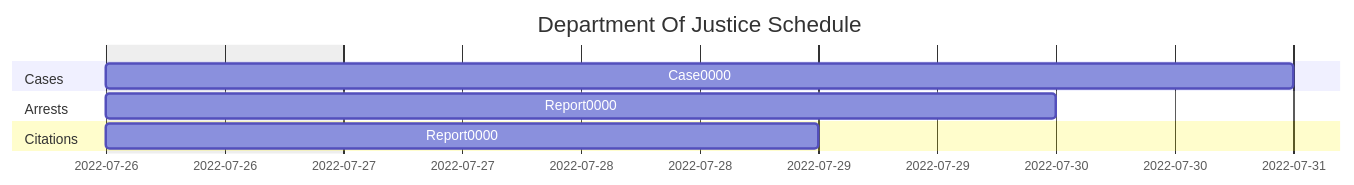
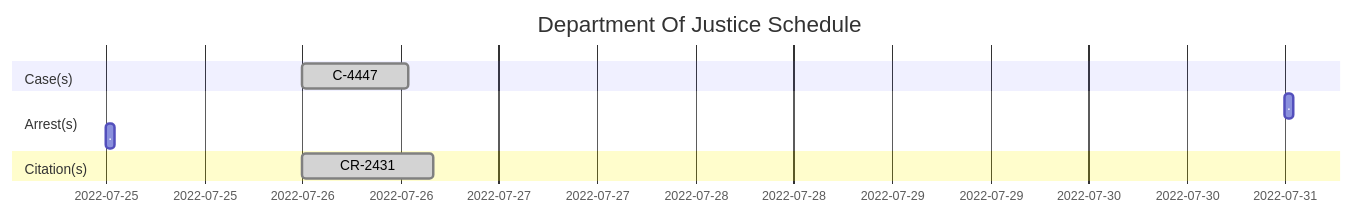
The second of 2 diagrams in README.md (NotKaarlo/State-of-San-Andreas), drawn with Mermaid before and after one commit.

````diff
--- a/README.md
+++ b/README.md
@@ -38,15 +38,16 @@
 ```mermaid
 gantt
 dateFormat  YYYY-MM-DD
 title Department Of Justice Schedule
-excludes weekdays 2022-07-26
+excludes weekdays 2022-07-01
 
-section Cases
-Case0000              :        2022-07-26,5d
+section Case(s)
+C-4447               :done,       2022-07-26,13h
 
-section Arrests
-Report0000             :       2022-07-26,4d
+section Arrest(s)
+.                        :            2022-07-31,1h
+.                        :            2022-07-25,1h
 
-section Citations
-Report0000             :       2022-07-26,3d            
+section Citation(s)
+CR-2431              :done,       2022-07-26,16h          
 ```
````
